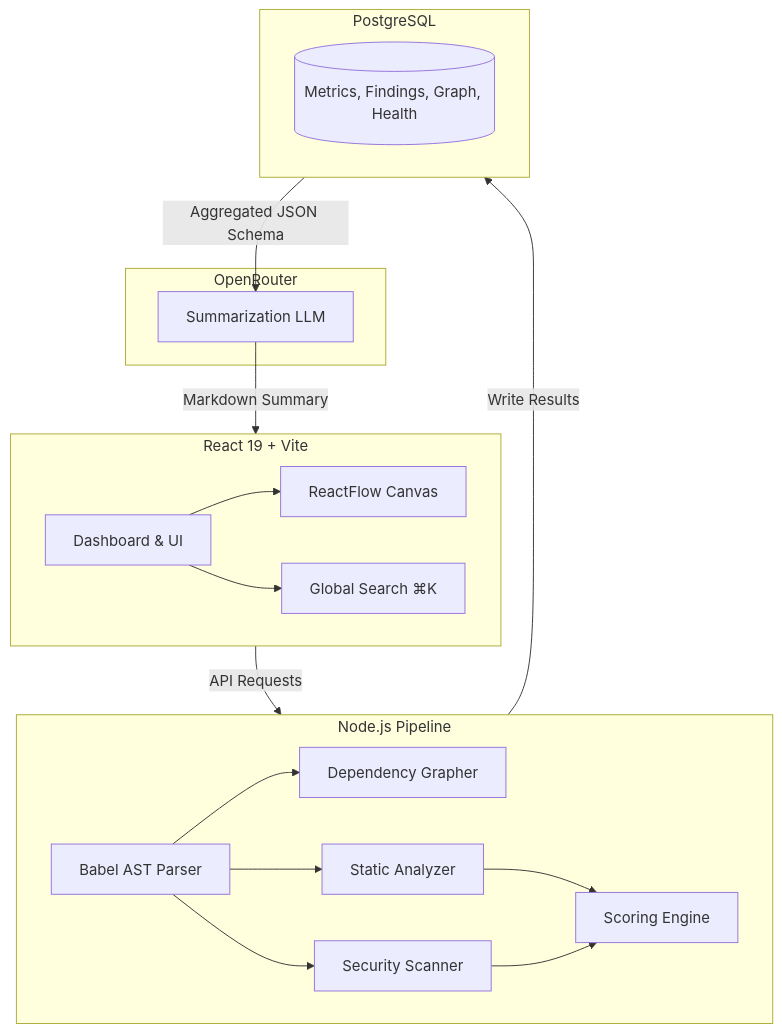
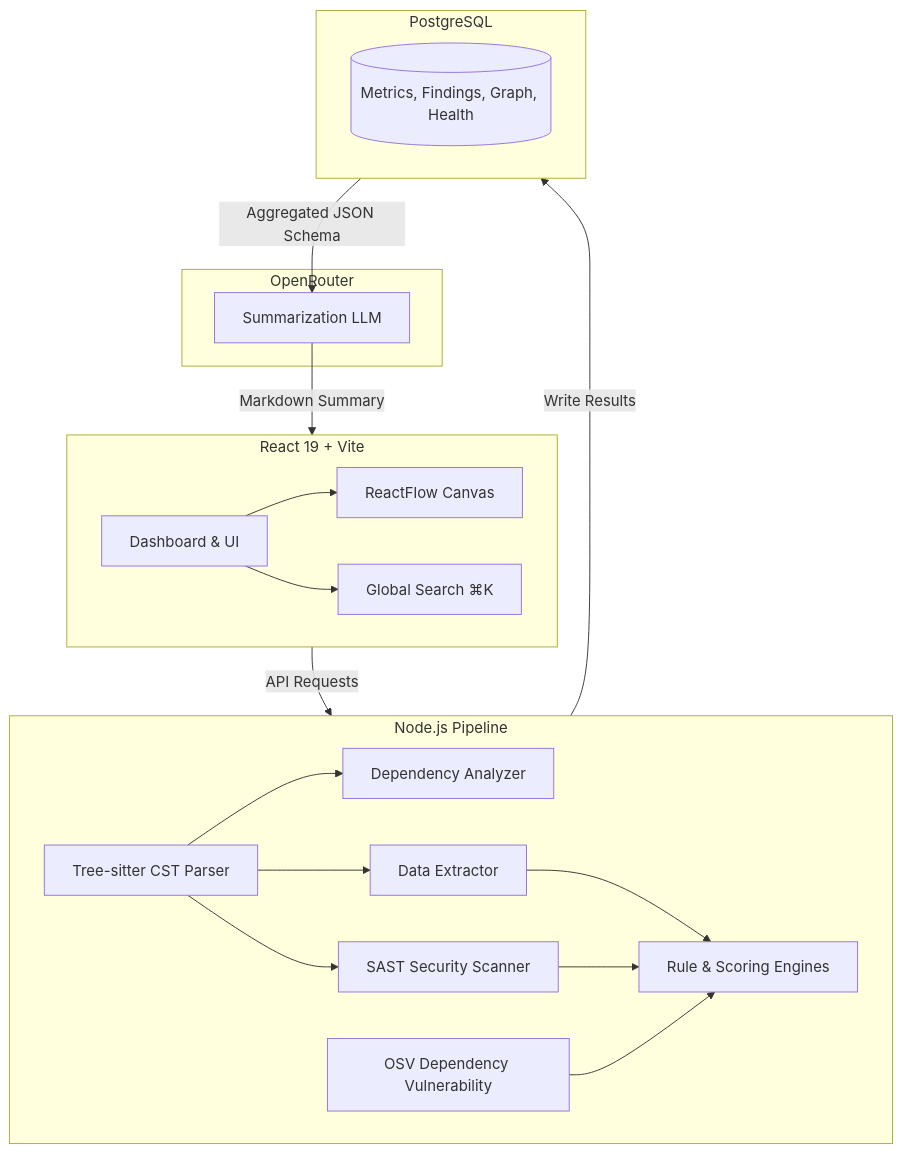
Before and after one commit to adtshrm007/RepoLens: the diagram in README.md, drawn with Mermaid. The commit also changed other lines of this file, not shown here.

````diff
--- a/README.md
+++ b/README.md
@@ -156,28 +156,29 @@
 ```mermaid
 graph TD
     subgraph Client [React 19 + Vite]
         A[Dashboard & UI] --> B[ReactFlow Canvas]
         A --> C[Global Search ⌘K]
     end
 
     subgraph Engines [Node.js Pipeline]
-        D[Babel AST Parser] --> E[Dependency Grapher]
-        D --> F[Static Analyzer]
-        D --> G[Security Scanner]
-        F --> H[Scoring Engine]
+        D[Tree-sitter CST Parser] --> E[Dependency Analyzer]
+        D --> F[Data Extractor]
+        D --> G[SAST Security Scanner]
+        F --> H[Rule & Scoring Engines]
         G --> H
+        K[OSV Dependency Vulnerability] --> H
     end
 
     subgraph Database [PostgreSQL]
         I[(Metrics, Findings, Graph, Health)]
     end
     
     subgraph AI [OpenRouter]
         J[Summarization LLM]
     end
 
     Client -- API Requests --> Engines
     Engines -- Write Results --> Database
     Database -- Aggregated JSON Schema --> J
     J -- Markdown Summary --> Client
 ```
````
